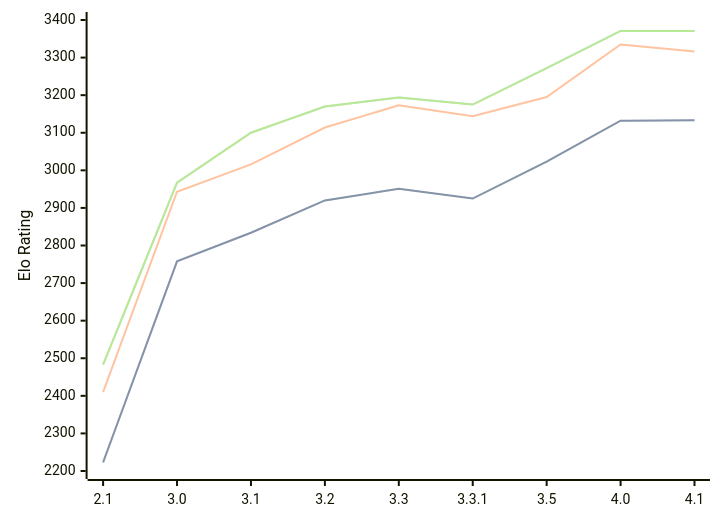
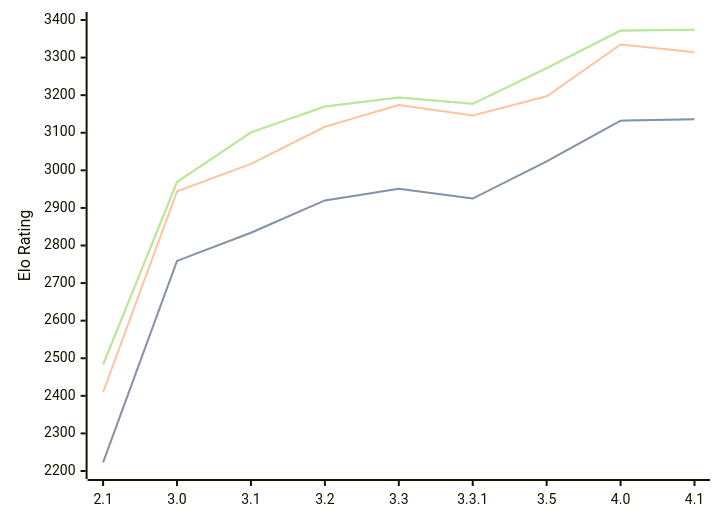
Before and after one commit to computer-chess-index/cci: the diagram in engines/Petrel.md, drawn with Mermaid. The commit also changed other lines of this file, not shown here.

Commit message:
Update CCI Ratings (ELO VLTC) - 2026-09-14

````diff
--- a/engines/Petrel.md
+++ b/engines/Petrel.md
@@ -39,11 +39,11 @@
 ```mermaid
 %%{init: {"theme":"base","themeVariables":{"seriesColors:['#a3a3a3','#222221','#faa371']}}}%%
 xychart-beta
   x-axis ["2.1", "3.0", "3.1", "3.2", "3.3", "3.3.1", "3.5", "4.0", "4.1"]
   y-axis "Elo Rating" 2200 --> 3400
-  line "" [2223, 2758, 2834, 2920, 2951, 2925, 3023, 3132, 3133]
-  line "STC (8.0+0.08s)" [2223, 2758, 2834, 2920, 2951, 2925, 3023, 3132, 3133]
-  line "LTC (60.0+0.60s)" [2410, 2943, 3016, 3114, 3173, 3144, 3195, 3335, 3316]
-  line "" [2483, 2967, 3100, 3170, 3194, 3175, 3272, 3371, 3371]
-  line "VLTC (2m24s+1.12s)" [2483, 2967, 3100, 3170, 3194, 3175, 3272, 3371, 3371]
+  line "" [2223, 2759, 2834, 2920, 2951, 2925, 3024, 3132, 3136]
+  line "STC (8.0+0.08s)" [2223, 2759, 2834, 2920, 2951, 2925, 3024, 3132, 3136]
+  line "LTC (60.0+0.60s)" [2410, 2944, 3017, 3116, 3174, 3146, 3197, 3335, 3314]
+  line "" [2483, 2969, 3101, 3170, 3194, 3177, 3272, 3372, 3374]
+  line "VLTC (2m24s+1.12s)" [2483, 2969, 3101, 3170, 3194, 3177, 3272, 3372, 3374]
 ```
````
